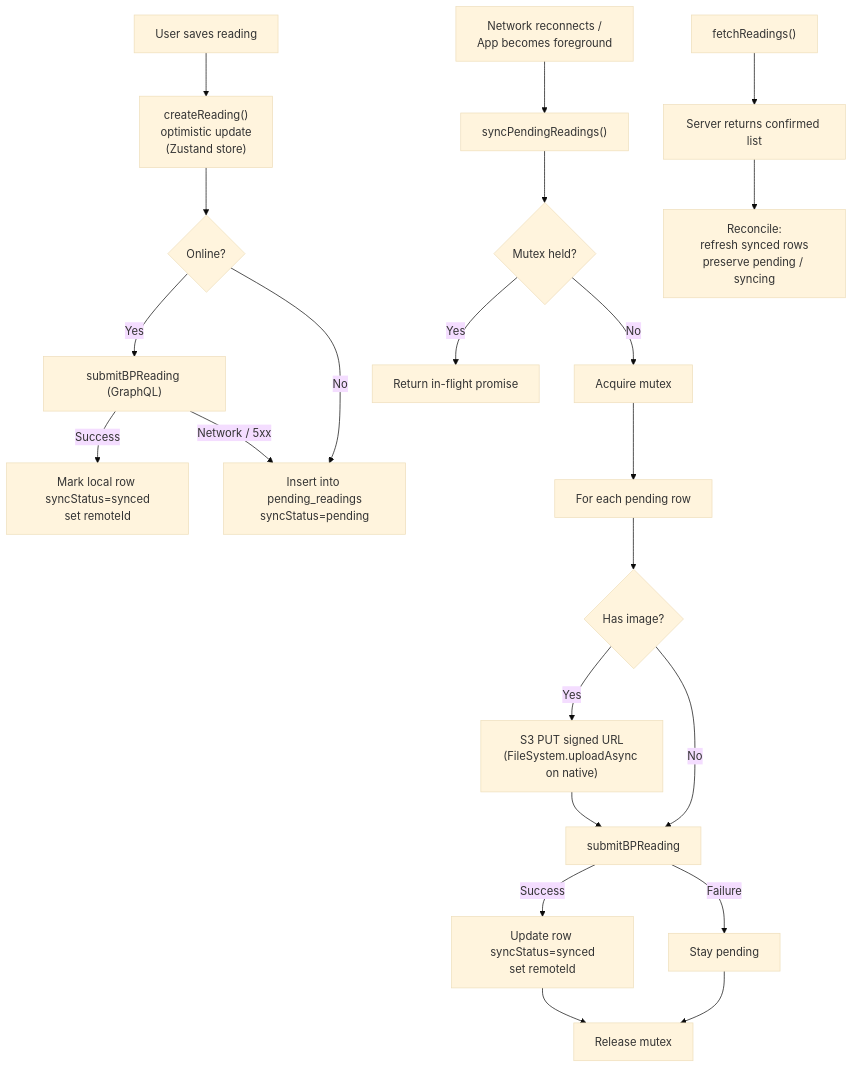
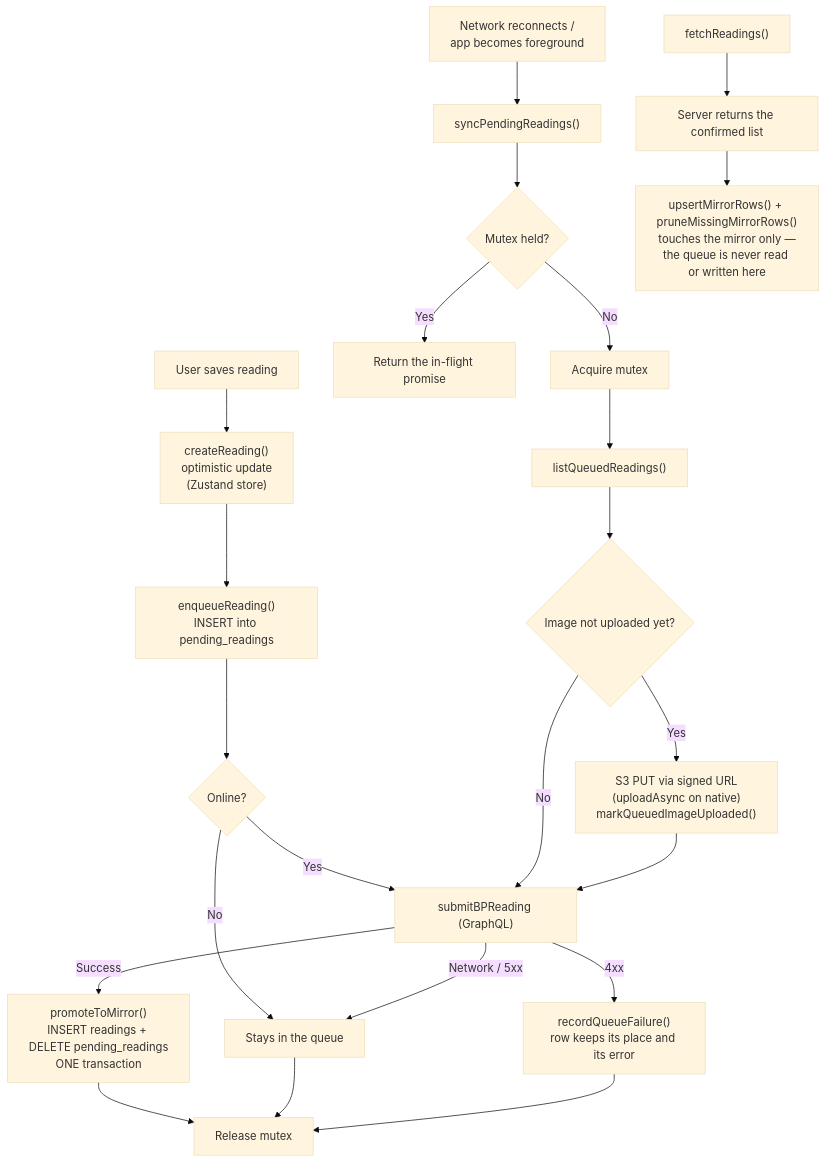
The diagram in docs/architecture/flow-offline-sync.md (vanTHkrab/BP-Monitor-Application), drawn with Mermaid (base theme) before and after one commit. The commit also changed other lines of this file and 3 other files, not shown here.

````diff
--- a/docs/architecture/flow-offline-sync.md
+++ b/docs/architecture/flow-offline-sync.md
@@ -18,26 +18,27 @@
 ```mermaid
 flowchart TD
     A["User saves reading"] --> B["createReading()<br/>optimistic update<br/>(Zustand store)"]
-    B --> C{"Online?"}
-    C -- "Yes" --> D["submitBPReading (GraphQL)"]
-    D -- "Success" --> E["Mark local row syncStatus=synced<br/>set remoteId"]
-    D -- "Network / 5xx" --> F["Insert into pending_readings<br/>syncStatus=pending"]
-    C -- "No" --> F
+    B --> C["enqueueReading()<br/>INSERT into pending_readings"]
+    C --> D{"Online?"}
+    D -- "Yes" --> E["submitBPReading (GraphQL)"]
+    D -- "No" --> Q["Stays in the queue"]
+    E -- "Success" --> P["promoteToMirror()<br/>INSERT readings + DELETE pending_readings<br/>ONE transaction"]
+    E -- "Network / 5xx" --> Q
+    E -- "4xx" --> R["recordQueueFailure()<br/>row keeps its place and its error"]
 
-    G["Network reconnects /<br/>App becomes foreground"] --> H["syncPendingReadings()"]
+    G["Network reconnects /<br/>app becomes foreground"] --> H["syncPendingReadings()"]
     H --> I{"Mutex held?"}
-    I -- "Yes" --> J["Return in-flight promise"]
+    I -- "Yes" --> J["Return the in-flight promise"]
     I -- "No" --> K["Acquire mutex"]
-    K --> L["For each pending row"]
-    L --> M{"Has image?"}
-    M -- "Yes" --> N["S3 PUT signed URL<br/>(FileSystem.uploadAsync on native)"]
-    M -- "No" --> O["submitBPReading"]
-    N --> O
-    O -- "Success" --> P["Update row syncStatus=synced<br/>set remoteId"]
-    O -- "Failure" --> Q["Stay pending"]
-    P --> R["Release mutex"]
-    Q --> R
+    K --> L["listQueuedReadings()"]
+    L --> M{"Image not uploaded yet?"}
+    M -- "Yes" --> N["S3 PUT via signed URL<br/>(uploadAsync on native)<br/>markQueuedImageUploaded()"]
+    M -- "No" --> E
+    N --> E
+    P --> S["Release mutex"]
+    Q --> S
+    R --> S
 
-    S["fetchReadings()"] --> T["Server returns confirmed list"]
-    T --> U["Reconcile:<br/>refresh synced rows<br/>preserve pending / syncing"]
+    T["fetchReadings()"] --> U["Server returns the confirmed list"]
+    U --> V["upsertMirrorRows() + pruneMissingMirrorRows()<br/>touches the mirror only —<br/>the queue is never read or written here"]
 ```
````
